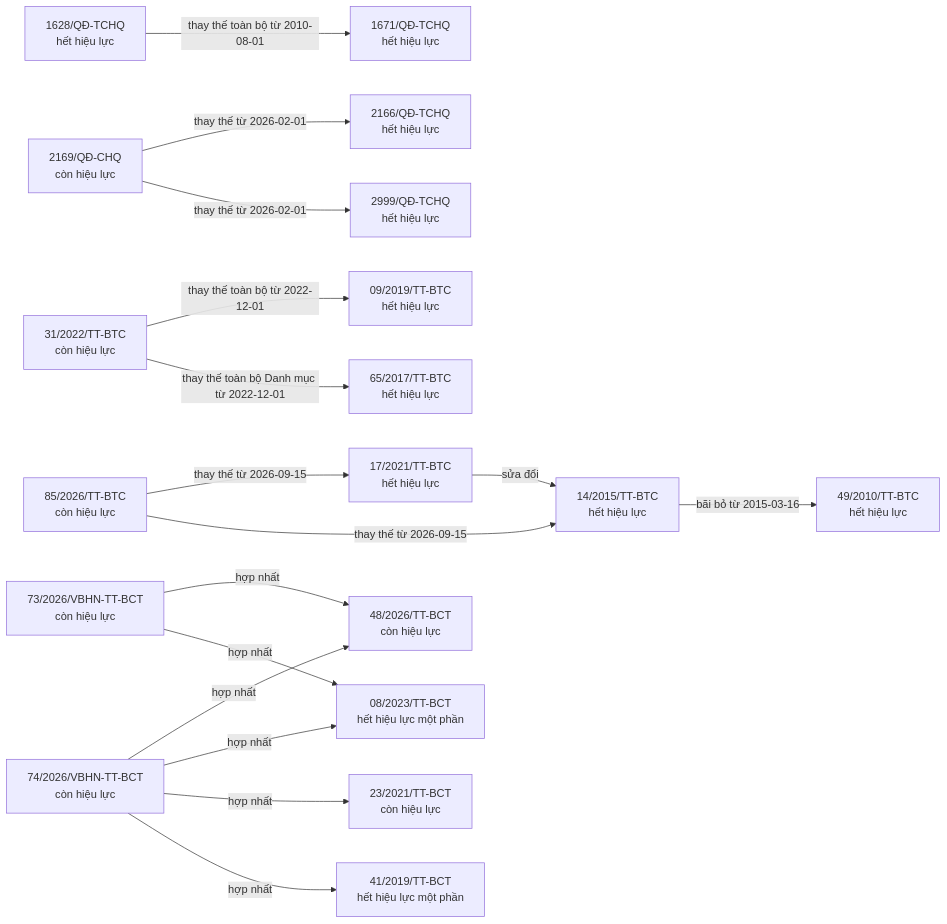
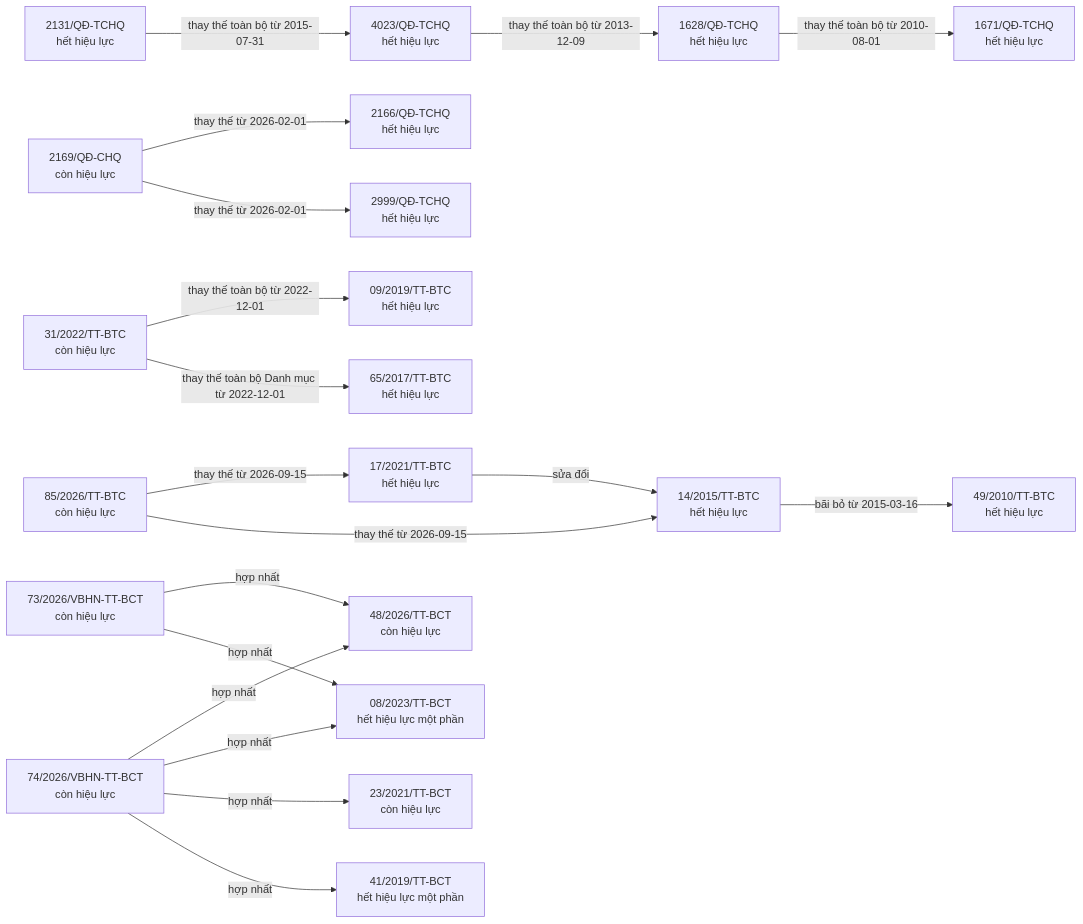
The fourth of 9 diagrams in bao-cao/quan-he.md (ozvietnam/oz-wiki-plhq), drawn with Mermaid before and after one commit. The commit also changed 57 other files, not shown here.

````diff
--- a/bao-cao/quan-he.md
+++ b/bao-cao/quan-he.md
@@ -431,36 +431,40 @@
 ```mermaid
 flowchart LR
   n_14_2015_TT_BTC["14/2015/TT-BTC<br/>hết hiệu lực"]
   n_49_2010_TT_BTC["49/2010/TT-BTC<br/>hết hiệu lực"]
   n_1628_Q__TCHQ["1628/QĐ-TCHQ<br/>hết hiệu lực"]
   n_1671_Q__TCHQ["1671/QĐ-TCHQ<br/>hết hiệu lực"]
   n_17_2021_TT_BTC["17/2021/TT-BTC<br/>hết hiệu lực"]
+  n_2131_Q__TCHQ["2131/QĐ-TCHQ<br/>hết hiệu lực"]
+  n_4023_Q__TCHQ["4023/QĐ-TCHQ<br/>hết hiệu lực"]
   n_2169_Q__CHQ["2169/QĐ-CHQ<br/>còn hiệu lực"]
   n_2999_Q__TCHQ["2999/QĐ-TCHQ<br/>hết hiệu lực"]
   n_2166_Q__TCHQ["2166/QĐ-TCHQ<br/>hết hiệu lực"]
   n_31_2022_TT_BTC["31/2022/TT-BTC<br/>còn hiệu lực"]
   n_65_2017_TT_BTC["65/2017/TT-BTC<br/>hết hiệu lực"]
   n_09_2019_TT_BTC["09/2019/TT-BTC<br/>hết hiệu lực"]
   n_73_2026_VBHN_TT_BCT["73/2026/VBHN-TT-BCT<br/>còn hiệu lực"]
   n_08_2023_TT_BCT["08/2023/TT-BCT<br/>hết hiệu lực một phần"]
   n_48_2026_TT_BCT["48/2026/TT-BCT<br/>còn hiệu lực"]
   n_74_2026_VBHN_TT_BCT["74/2026/VBHN-TT-BCT<br/>còn hiệu lực"]
   n_41_2019_TT_BCT["41/2019/TT-BCT<br/>hết hiệu lực một phần"]
   n_23_2021_TT_BCT["23/2021/TT-BCT<br/>còn hiệu lực"]
   n_85_2026_TT_BTC["85/2026/TT-BTC<br/>còn hiệu lực"]
   n_14_2015_TT_BTC -->|bãi bỏ từ 2015-03-16| n_49_2010_TT_BTC
   n_1628_Q__TCHQ -->|thay thế toàn bộ từ 2010-08-01| n_1671_Q__TCHQ
   n_17_2021_TT_BTC -->|sửa đổi| n_14_2015_TT_BTC
+  n_2131_Q__TCHQ -->|thay thế toàn bộ từ 2015-07-31| n_4023_Q__TCHQ
   n_2169_Q__CHQ -->|thay thế từ 2026-02-01| n_2999_Q__TCHQ
   n_2169_Q__CHQ -->|thay thế từ 2026-02-01| n_2166_Q__TCHQ
   n_31_2022_TT_BTC -->|thay thế toàn bộ Danh mục từ 2022-12-01| n_65_2017_TT_BTC
   n_31_2022_TT_BTC -->|thay thế toàn bộ từ 2022-12-01| n_09_2019_TT_BTC
+  n_4023_Q__TCHQ -->|thay thế toàn bộ từ 2013-12-09| n_1628_Q__TCHQ
   n_73_2026_VBHN_TT_BCT -->|hợp nhất| n_08_2023_TT_BCT
   n_73_2026_VBHN_TT_BCT -->|hợp nhất| n_48_2026_TT_BCT
   n_74_2026_VBHN_TT_BCT -->|hợp nhất| n_41_2019_TT_BCT
   n_74_2026_VBHN_TT_BCT -->|hợp nhất| n_23_2021_TT_BCT
   n_74_2026_VBHN_TT_BCT -->|hợp nhất| n_08_2023_TT_BCT
   n_74_2026_VBHN_TT_BCT -->|hợp nhất| n_48_2026_TT_BCT
   n_85_2026_TT_BTC -->|thay thế từ 2026-09-15| n_14_2015_TT_BTC
   n_85_2026_TT_BTC -->|thay thế từ 2026-09-15| n_17_2021_TT_BTC
 ```
````
